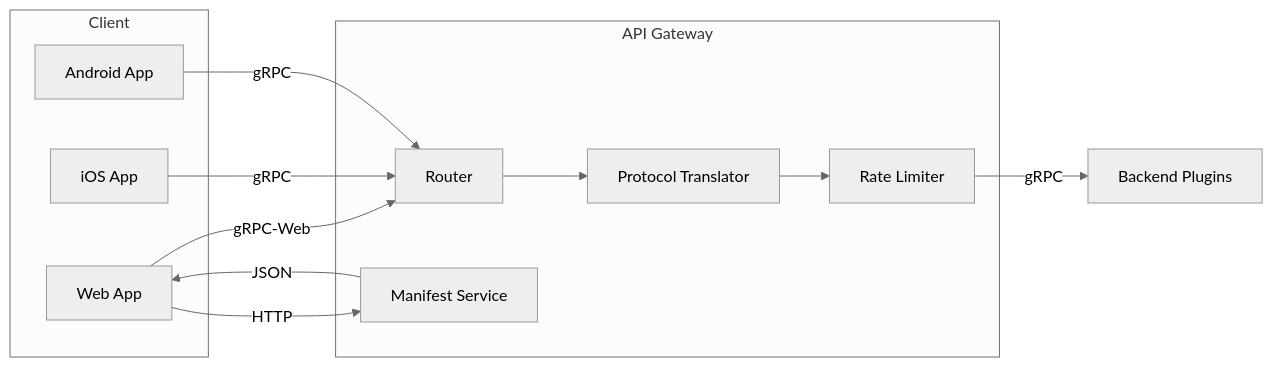
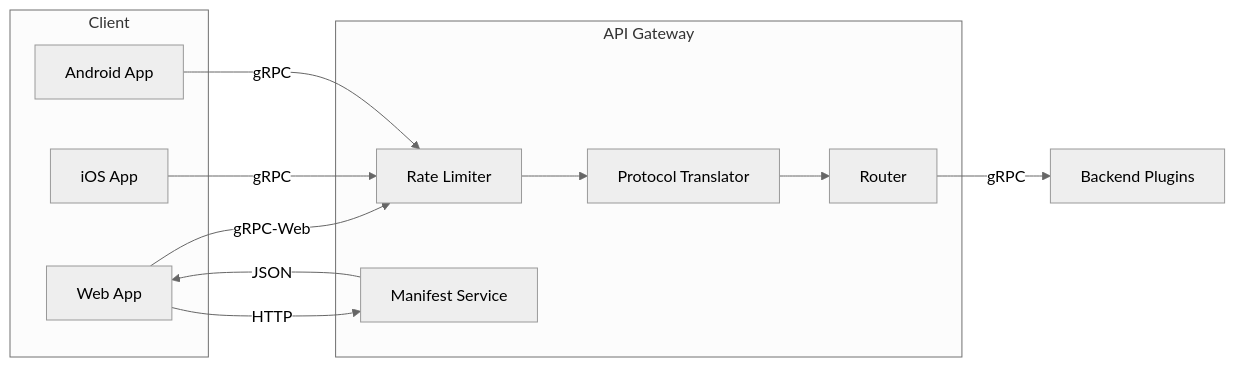
One commit to Unified-Plugin-Framework/docs changed the third of 18 diagrams in docs/architecture/overview.md. Above: the diagram before and after it, drawn with Mermaid (neutral theme). The commit also changed other lines of this file, not shown here.

First line of the commit message:
docs: refactor architecture diagrams from C4 to flowchart format

````diff
--- a/docs/architecture/overview.md
+++ b/docs/architecture/overview.md
@@ -128,26 +192,26 @@
 ```mermaid
 flowchart LR
     subgraph Client
         WEB[Web App]
         IOS[iOS App]
         ANDROID[Android App]
     end
 
     subgraph Gateway["API Gateway"]
         ROUTE[Router]
         TRANS[Protocol Translator]
         RATE[Rate Limiter]
         MANIFEST[Manifest Service]
     end
 
-    WEB --> |gRPC-Web| ROUTE
-    IOS --> |gRPC| ROUTE
-    ANDROID --> |gRPC| ROUTE
+    WEB --> |gRPC-Web| RATE
+    IOS --> |gRPC| RATE
+    ANDROID --> |gRPC| RATE
 
-    ROUTE --> TRANS
-    TRANS --> RATE
-    RATE --> |gRPC| Backend[Backend Plugins]
+    RATE --> TRANS
+    TRANS --> ROUTE
+    ROUTE --> |gRPC| Backend[Backend Plugins]
 
     WEB --> |HTTP| MANIFEST
     MANIFEST --> |JSON| WEB
 ```
````
